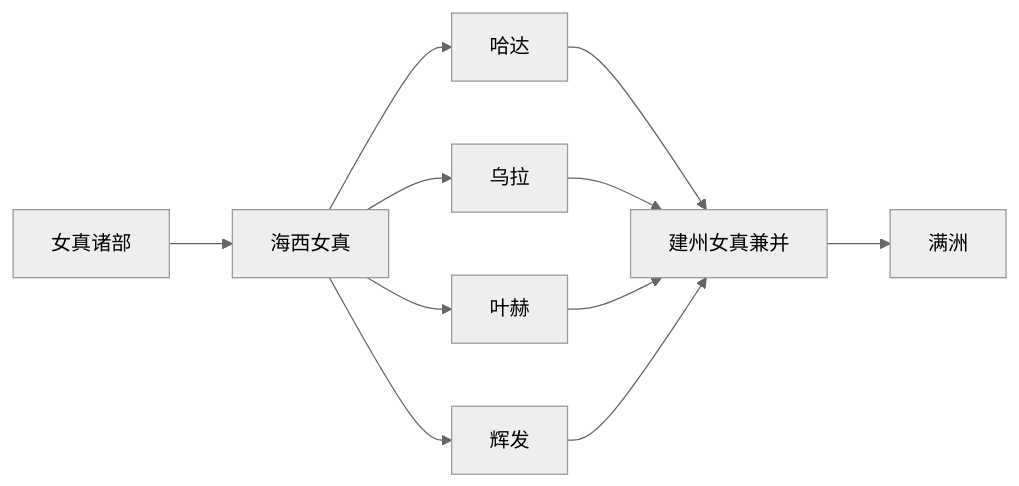
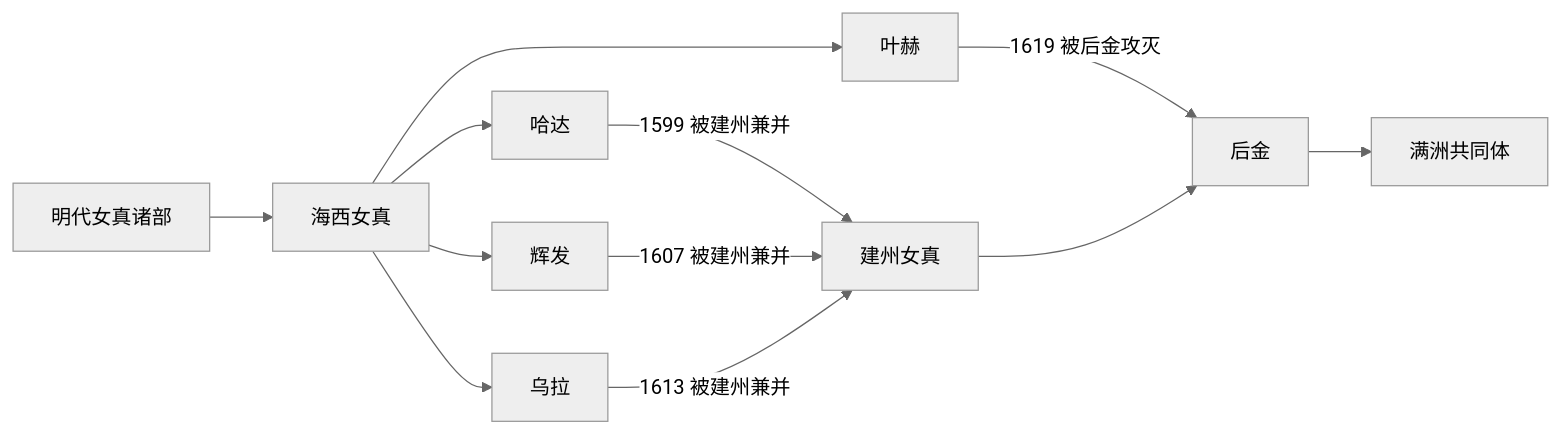
One commit to tianlan-dev/learning-notes changed the diagram in 人文科学/历史/东亚/中国/_民族/通古斯语族与肃慎/女真诸部/海西女真.md. Above: the diagram before and after it, drawn with Mermaid (neutral theme). The commit also changed other lines of this file and 180 other files, not shown here.

````diff
--- a/人文科学/历史/东亚/中国/_民族/通古斯语族与肃慎/女真诸部/海西女真.md
+++ b/人文科学/历史/东亚/中国/_民族/通古斯语族与肃慎/女真诸部/海西女真.md
@@ -28,13 +17,14 @@
 ```mermaid
 flowchart LR
-  Jurchen["女真诸部"] --> Haixi["海西女真"]
+  Jurchen["明代女真诸部"] --> Haixi["海西女真"]
   Haixi --> Hada["哈达"]
   Haixi --> Ula["乌拉"]
+  Haixi --> Hoifa["辉发"]
   Haixi --> Yehe["叶赫"]
-  Haixi --> Hoifa["辉发"]
-  Hada --> Jianzhou["建州女真兼并"]
-  Ula --> Jianzhou
-  Yehe --> Jianzhou
-  Hoifa --> Jianzhou
-  Jianzhou --> Manzhou["满洲"]
+  Hada -->|"1599 被建州兼并"| Jianzhou["建州女真"]
+  Hoifa -->|"1607 被建州兼并"| Jianzhou
+  Ula -->|"1613 被建州兼并"| Jianzhou
+  Yehe -->|"1619 被后金攻灭"| LaterJin["后金"]
+  Jianzhou --> LaterJin
+  LaterJin --> Manzhou["满洲共同体"]
 ```
````
